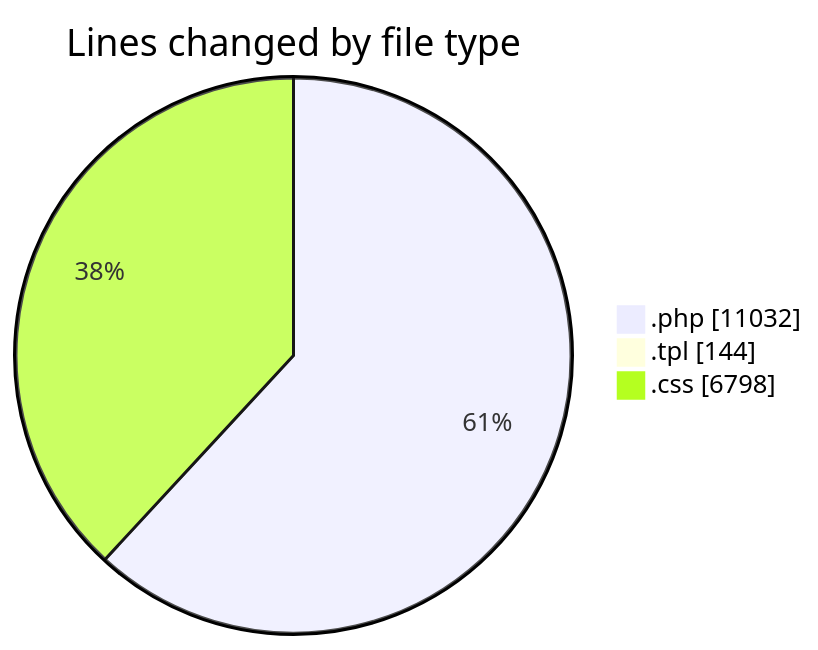
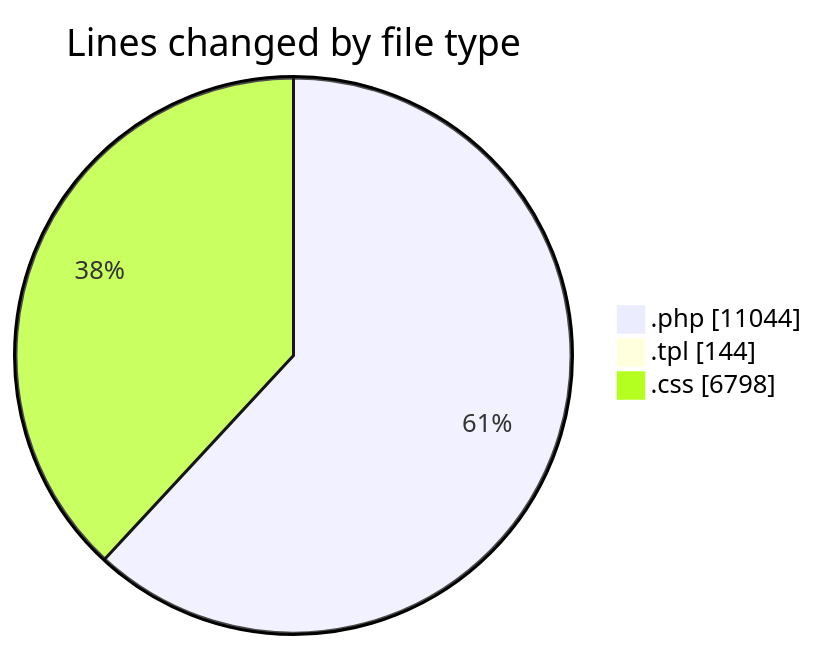
One commit to vahidmafi/code-tracking changed the first of 2 diagrams in 2025-10-04/shop/README.md. Above: the diagram before and after it, drawn with Mermaid. The commit also changed other lines of this file and 1 other file, not shown here.

````diff
--- a/2025-10-04/shop/README.md
+++ b/2025-10-04/shop/README.md
@@ -40,7 +40,7 @@
 ```mermaid
 pie showData
 title Lines changed by file type
-".php" : 11032
+".php" : 11044
 ".tpl" : 144
 ".css" : 6798
 ```
````
